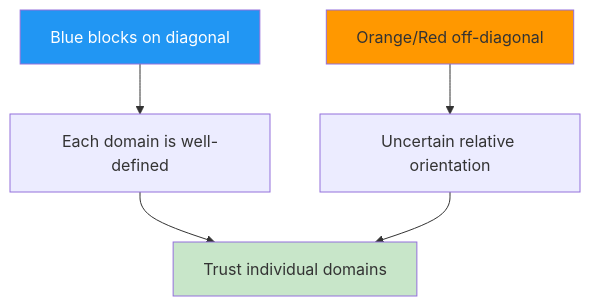
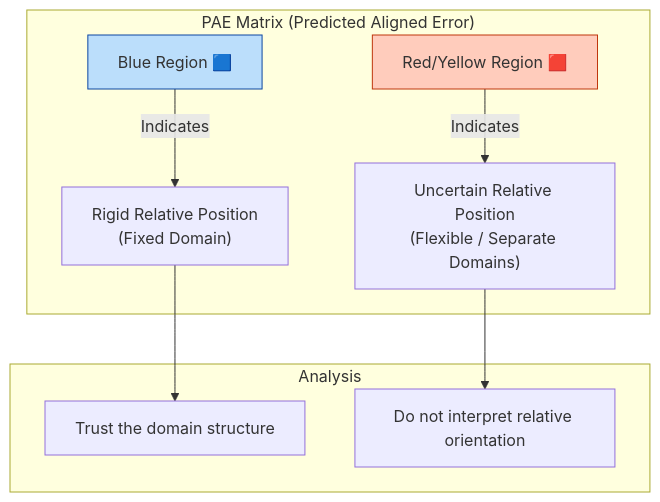
The third of 7 diagrams in Diagram.md (kimtth/science-alpha-fold-note), drawn with Mermaid before and after one commit. The commit also changed other lines of this file and 2 other files, not shown here.

````diff
--- a/Diagram.md
+++ b/Diagram.md
@@ -80,11 +72,15 @@
 ```mermaid
 graph TD
-    A[Blue blocks on diagonal] --> B[Each domain is well-defined]
-    C[Orange/Red off-diagonal] --> D[Uncertain relative orientation]
-    B --> E[Trust individual domains]
-    D --> E
+    subgraph Matrix ["PAE Matrix (Predicted Aligned Error)"]
+        A["Blue Region 🟦"] -->|Indicates| B["Rigid Relative Position<br/>(Fixed Domain)"]
+        C["Red/Yellow Region 🟥"] -->|Indicates| D["Uncertain Relative Position<br/>(Flexible / Separate Domains)"]
+    end
     
-    style A fill:#2196f3,color:#fff
-    style C fill:#ff9800
-    style E fill:#c8e6c9
+    subgraph Decision ["Analysis"]
+        B --> E[Trust the domain structure]
+        D --> F[Do not interpret relative orientation]
+    end
+
+    style A fill:#bbdefb,stroke:#0d47a1
+    style C fill:#ffccbc,stroke:#bf360c
 ```
````
